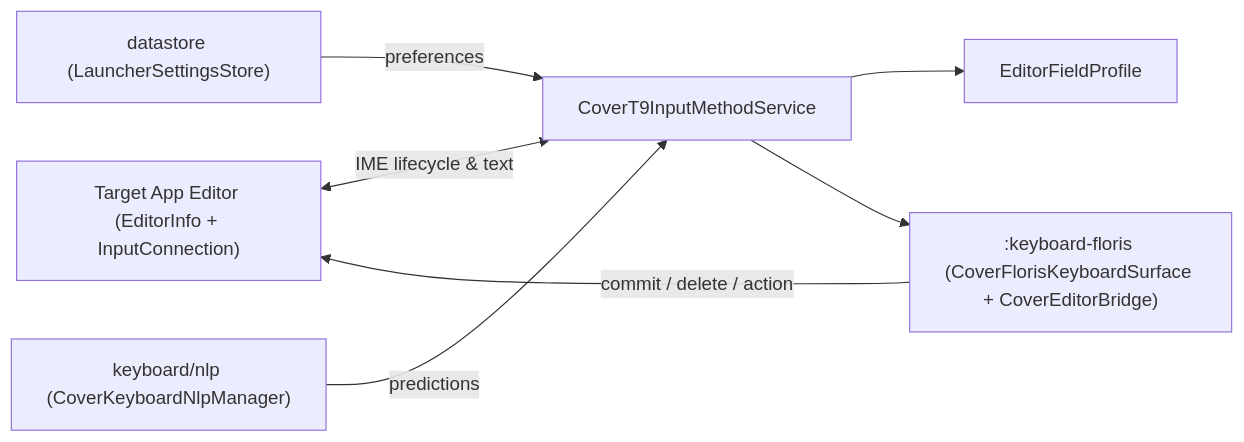
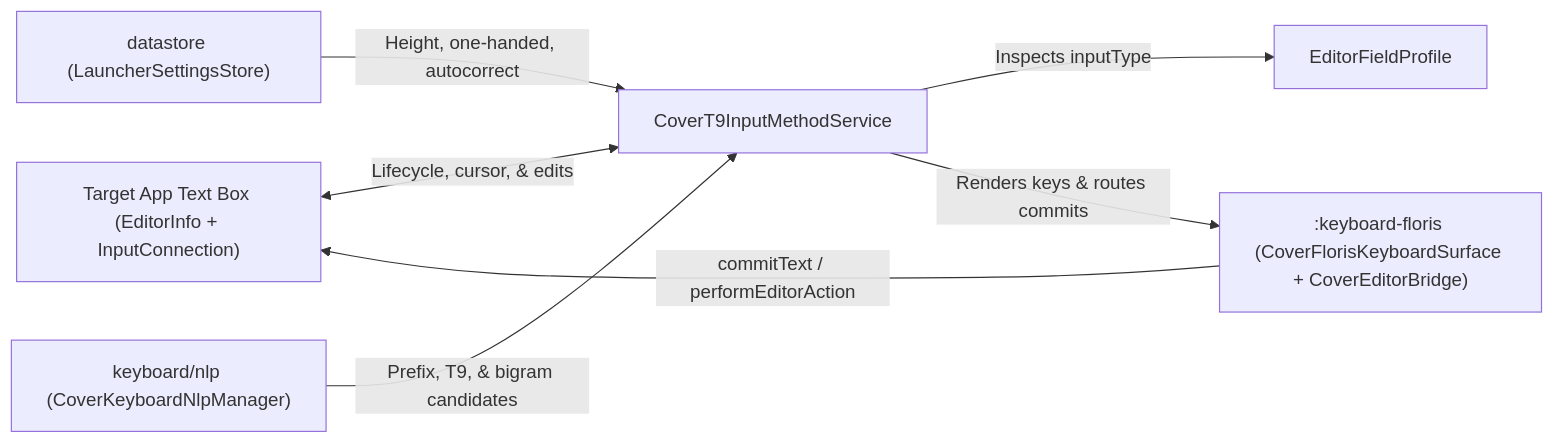
The diagram in app/src/main/java/com/tyejaedon/coverscreenos/ime/README.md (tyejaedon/Cover-Screen-OS), drawn with Mermaid before and after one commit. The commit also changed other lines of this file and 157 other files, not shown here.

````diff
--- a/app/src/main/java/com/tyejaedon/coverscreenos/ime/README.md
+++ b/app/src/main/java/com/tyejaedon/coverscreenos/ime/README.md
@@ -14,9 +72,9 @@
 ```mermaid
 flowchart LR
-    TargetApp["Target App Editor (EditorInfo + InputConnection)"] <-->|"IME lifecycle & text"| Service["CoverT9InputMethodService"]
-    Service --> Profile["EditorFieldProfile"]
-    Store["datastore (LauncherSettingsStore)"] -->|"preferences"| Service
-    NLP["keyboard/nlp (CoverKeyboardNlpManager)"] -->|"predictions"| Service
-    Service --> Floris[":keyboard-floris (CoverFlorisKeyboardSurface + CoverEditorBridge)"]
-    Floris -->|"commit / delete / action"| TargetApp
+    TargetApp["Target App Text Box (EditorInfo + InputConnection)"] <-->|"Lifecycle, cursor, & edits"| Service["CoverT9InputMethodService"]
+    Service -->|"Inspects inputType"| Profile["EditorFieldProfile"]
+    Store["datastore (LauncherSettingsStore)"] -->|"Height, one-handed, autocorrect"| Service
+    NLP["keyboard/nlp (CoverKeyboardNlpManager)"] -->|"Prefix, T9, & bigram candidates"| Service
+    Service -->|"Renders keys & routes commits"| Floris[":keyboard-floris (CoverFlorisKeyboardSurface + CoverEditorBridge)"]
+    Floris -->|"commitText / performEditorAction"| TargetApp
 ```
````
